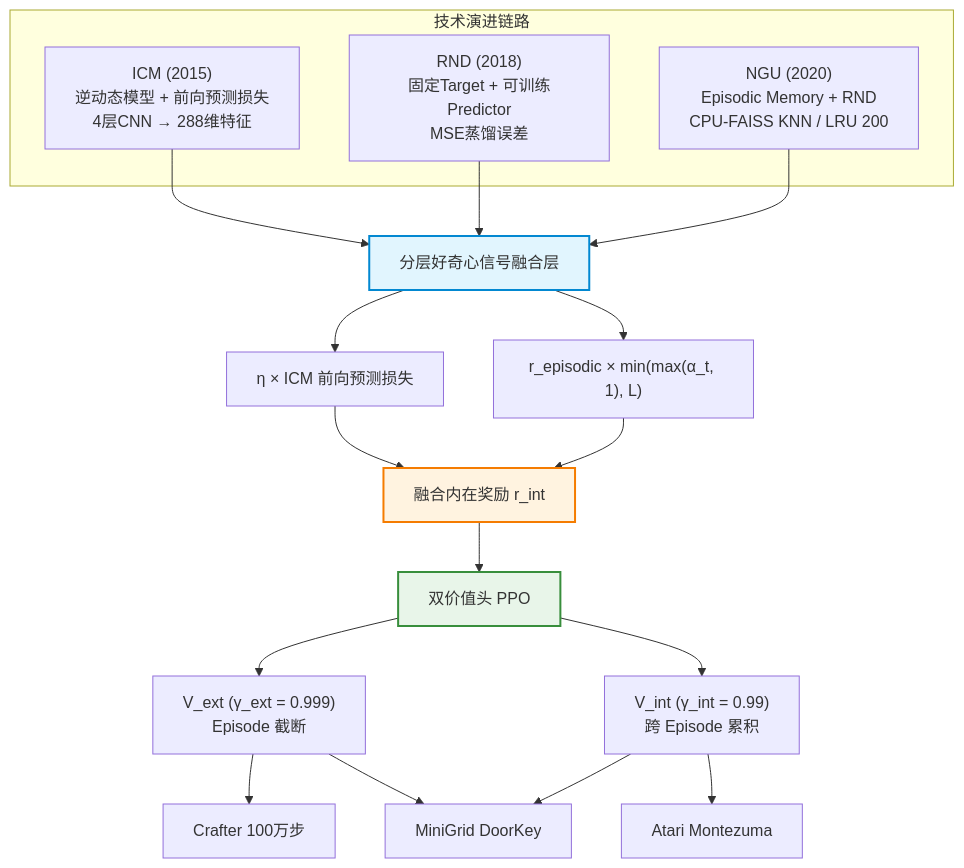
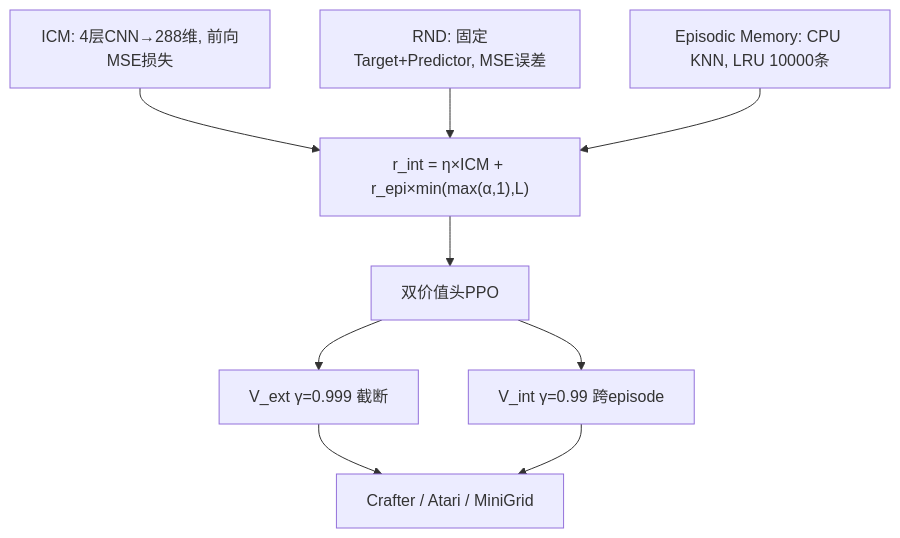
Before and after one commit to paopao-13/CuriosityPPOAgent: the diagram in README.md, drawn with Mermaid. The commit also changed other lines of this file and 26 other files, not shown here.

````diff
--- a/README.md
+++ b/README.md
@@ -42,31 +36,11 @@
 ```mermaid
 flowchart TD
-    subgraph 技术演进链路
-        A["ICM (2015)<br/>逆动态模型 + 前向预测损失<br/>4层CNN → 288维特征"]
-        B["RND (2018)<br/>固定Target + 可训练Predictor<br/>MSE蒸馏误差"]
-        C["NGU (2020)<br/>Episodic Memory + RND<br/>CPU-FAISS KNN / LRU 200"]
-    end
-
-    A --> D["分层好奇心信号融合层"]
-    B --> D
-    C --> D
-
-    D --> E["η × ICM 前向预测损失"]
-    D --> F["r_episodic × min(max(α_t, 1), L)"]
-
-    E --> G["融合内在奖励 r_int"]
-    F --> G
-
-    G --> H["双价值头 PPO"]
-    H --> I["V_ext (γ_ext = 0.999)<br/>Episode 截断"]
-    H --> J["V_int (γ_int = 0.99)<br/>跨 Episode 累积"]
-
-    I --> K["Crafter 100万步"]
-    J --> L["Atari Montezuma"]
-    I --> M["MiniGrid DoorKey"]
-    J --> M
-
-    style D fill:#e1f5fe,stroke:#0288d1,stroke-width:2px
-    style G fill:#fff3e0,stroke:#f57c00,stroke-width:2px
-    style H fill:#e8f5e9,stroke:#388e3c,stroke-width:2px
+    A["ICM: 4层CNN→288维, 前向MSE损失"] --> D["融合层"]
+    B["RND: 固定Target+Predictor, MSE误差"] --> D
+    C["Episodic Memory: CPU KNN, LRU 10000条"] --> D
+    D["r_int = η×ICM + r_epi×min(max(α,1),L)"] --> E["双价值头PPO"]
+    E --> F["V_ext γ=0.999 截断"]
+    E --> G["V_int γ=0.99 跨episode"]
+    F --> H["Crafter / Atari / MiniGrid"]
+    G --> H
 ```
````
